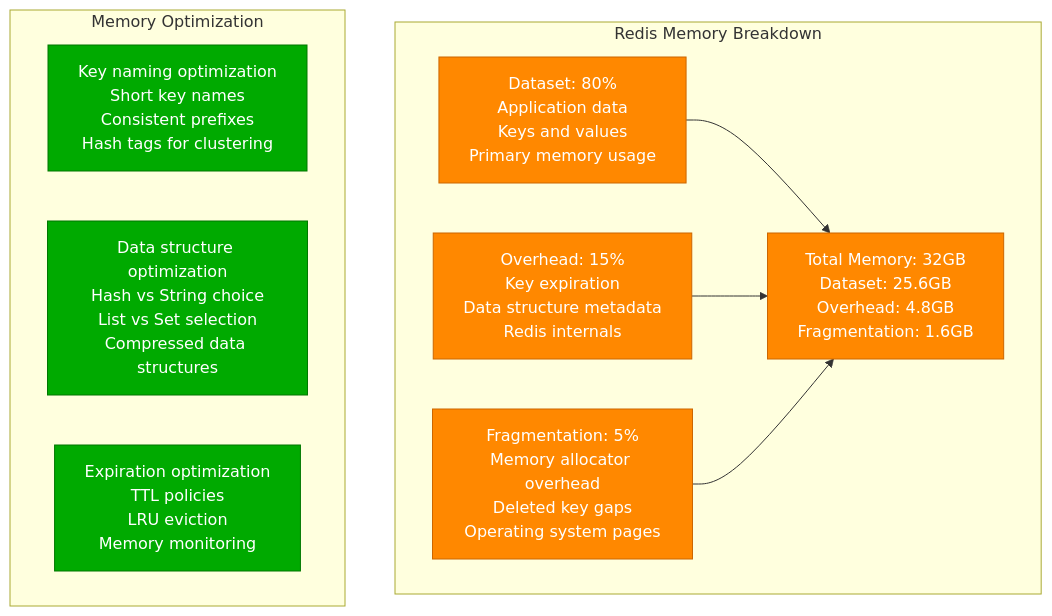
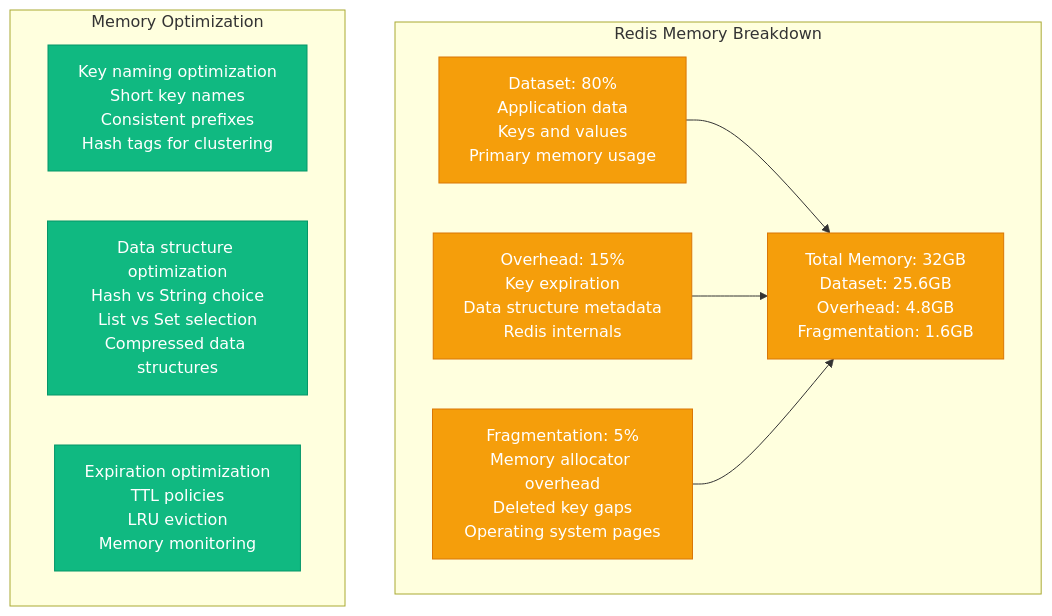
Before and after one commit to deepaucksharma/DS: the ninth of 15 diagrams in site/docs/performance/redis-performance-profile.md, drawn with Mermaid. The commit also changed other lines of this file and 303 other files, not shown here.

````diff
--- a/site/docs/performance/redis-performance-profile.md
+++ b/site/docs/performance/redis-performance-profile.md
@@ -305,30 +305,30 @@
 ```mermaid
 graph TB
     subgraph "Redis Memory Breakdown"
         MEM1[Dataset: 80%<br/>Application data<br/>Keys and values<br/>Primary memory usage]
 
         MEM2[Overhead: 15%<br/>Key expiration<br/>Data structure metadata<br/>Redis internals]
 
         MEM3[Fragmentation: 5%<br/>Memory allocator overhead<br/>Deleted key gaps<br/>Operating system pages]
 
         MEM_TOTAL[Total Memory: 32GB<br/>Dataset: 25.6GB<br/>Overhead: 4.8GB<br/>Fragmentation: 1.6GB]
 
         MEM1 --> MEM_TOTAL
         MEM2 --> MEM_TOTAL
         MEM3 --> MEM_TOTAL
     end
 
     subgraph "Memory Optimization"
         OPT1[Key naming optimization<br/>Short key names<br/>Consistent prefixes<br/>Hash tags for clustering]
 
         OPT2[Data structure optimization<br/>Hash vs String choice<br/>List vs Set selection<br/>Compressed data structures]
 
         OPT3[Expiration optimization<br/>TTL policies<br/>LRU eviction<br/>Memory monitoring]
     end
 
-    classDef memoryStyle fill:#FF8800,stroke:#CC6600,color:#fff
-    classDef optimStyle fill:#00AA00,stroke:#007700,color:#fff
+    classDef memoryStyle fill:#F59E0B,stroke:#D97706,color:#fff
+    classDef optimStyle fill:#10B981,stroke:#059669,color:#fff
 
     class MEM1,MEM2,MEM3,MEM_TOTAL memoryStyle
     class OPT1,OPT2,OPT3 optimStyle
 ```
````
